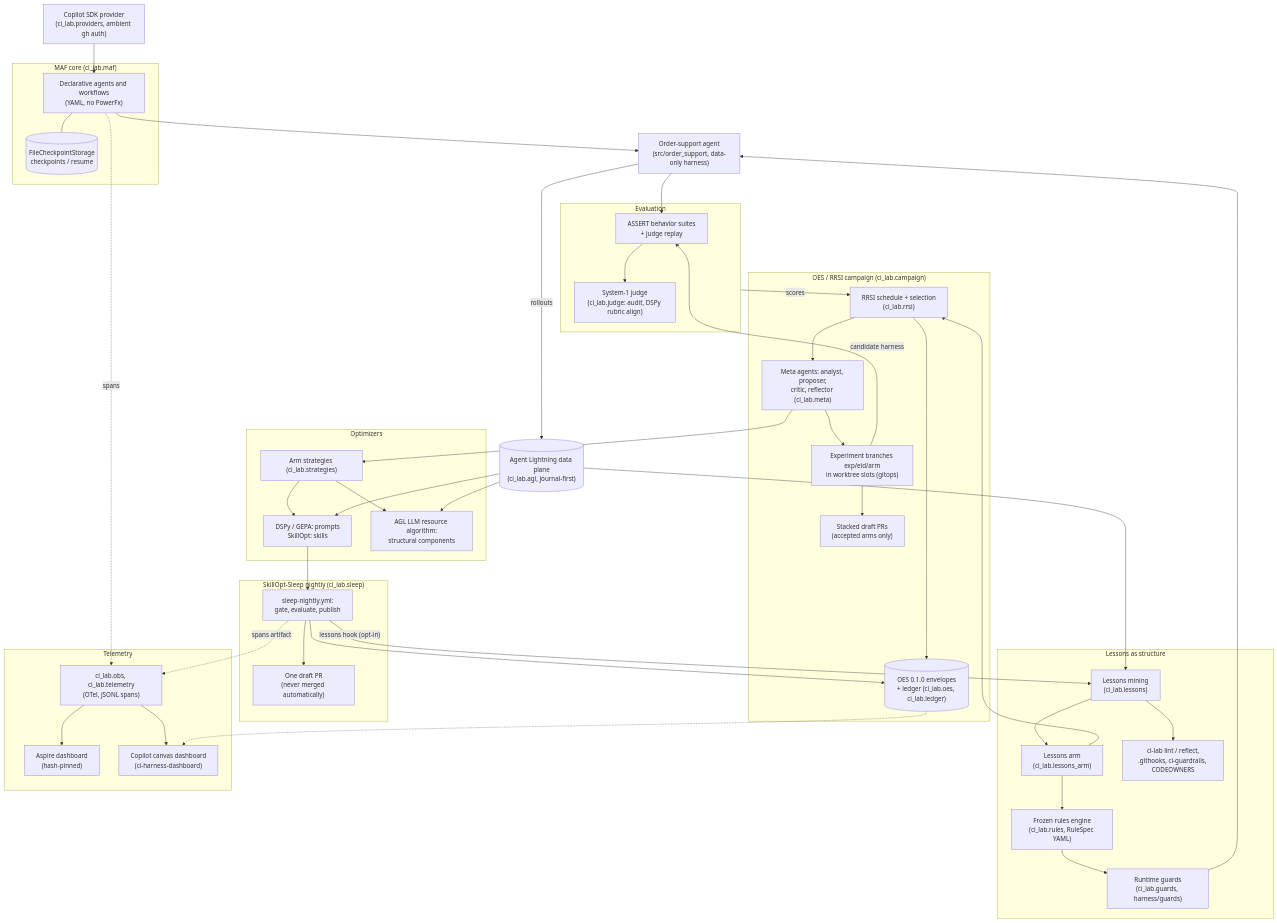
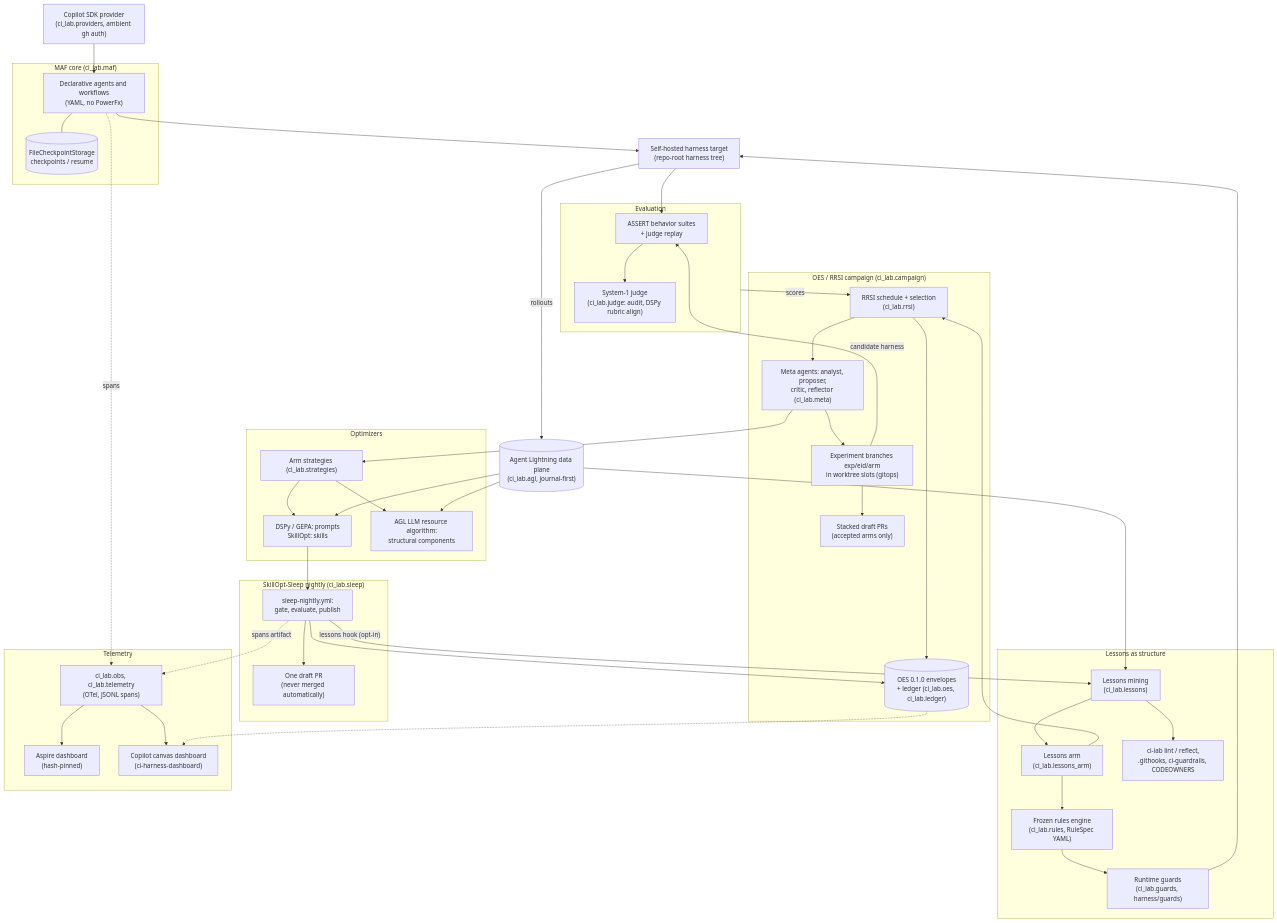
Before and after one commit to MSFT-TKENDRICK/continuous-improvement: the diagram in docs/harness.md, drawn with Mermaid. The commit also changed other lines of this file and 6 other files, not shown here.

````diff
--- a/docs/harness.md
+++ b/docs/harness.md
@@ -29,77 +25,77 @@
 ```mermaid
 flowchart TB
   subgraph Runtime["MAF core (ci_lab.maf)"]
     MAF["Declarative agents and workflows<br/>(YAML, no PowerFx)"]
     CKPT[("FileCheckpointStorage<br/>checkpoints / resume")]
     MAF --- CKPT
   end
   PROV["Copilot SDK provider<br/>(ci_lab.providers, ambient gh auth)"] --> MAF
-  AGENT["Order-support agent<br/>(src/order_support, data-only harness)"]
+  AGENT["Self-hosted harness target<br/>(repo-root harness tree)"]
   MAF --> AGENT
 
   subgraph Eval["Evaluation"]
     ASSERT["ASSERT behavior suites<br/>+ judge replay"]
     JUDGE["System-1 judge<br/>(ci_lab.judge: audit, DSPy rubric align)"]
     ASSERT --> JUDGE
   end
   AGENT --> ASSERT
 
   subgraph Campaign["OES / RRSI campaign (ci_lab.campaign)"]
     RRSI["RRSI schedule + selection<br/>(ci_lab.rrsi)"]
     META["Meta agents: analyst, proposer,<br/>critic, reflector (ci_lab.meta)"]
     OES[("OES 0.1.0 envelopes<br/>+ ledger (ci_lab.oes, ci_lab.ledger)")]
     WT["Experiment branches exp/eid/arm<br/>in worktree slots (gitops)"]
     PR["Stacked draft PRs<br/>(accepted arms only)"]
     RRSI --> META --> WT --> PR
     RRSI --> OES
   end
   Eval -->|scores| RRSI
   WT -->|candidate harness| ASSERT
 
   subgraph Optim["Optimizers"]
     STRAT["Arm strategies (ci_lab.strategies)"]
     GEPA["DSPy / GEPA: prompts<br/>SkillOpt: skills"]
     AGLALG["AGL LLM resource algorithm:<br/>structural components"]
     STRAT --> GEPA
     STRAT --> AGLALG
   end
   META --> STRAT
 
   AGL[("Agent Lightning data plane<br/>(ci_lab.agl, journal-first)")]
   AGENT -->|rollouts| AGL
   AGL --> GEPA
   AGL --> AGLALG
 
   subgraph Sleep["SkillOpt-Sleep nightly (ci_lab.sleep)"]
     NIGHT["sleep-nightly.yml:<br/>gate, evaluate, publish"]
     DRAFT["One draft PR<br/>(never merged automatically)"]
     NIGHT --> DRAFT
   end
   GEPA --> NIGHT
   NIGHT --> OES
 
   subgraph Structure["Lessons as structure"]
     LES["Lessons mining<br/>(ci_lab.lessons)"]
     ARM["Lessons arm<br/>(ci_lab.lessons_arm)"]
     RULES["Frozen rules engine<br/>(ci_lab.rules, RuleSpec YAML)"]
     GUARDS["Runtime guards<br/>(ci_lab.guards, harness/guards)"]
     LINT["ci-lab lint / reflect,<br/>.githooks, ci-guardrails, CODEOWNERS"]
     LES --> ARM --> RULES --> GUARDS
     LES --> LINT
   end
   AGL --> LES
   NIGHT -->|"lessons hook (opt-in)"| LES
   ARM --> RRSI
   GUARDS --> AGENT
 
   subgraph Obs["Telemetry"]
     OTEL["ci_lab.obs, ci_lab.telemetry<br/>(OTel, JSONL spans)"]
     ASP["Aspire dashboard<br/>(hash-pinned)"]
     CANVAS["Copilot canvas dashboard<br/>(ci-harness-dashboard)"]
     OTEL --> ASP
     OTEL --> CANVAS
   end
   MAF -.spans.-> OTEL
   NIGHT -."spans artifact".-> OTEL
   OES -.-> CANVAS
 ```
````
